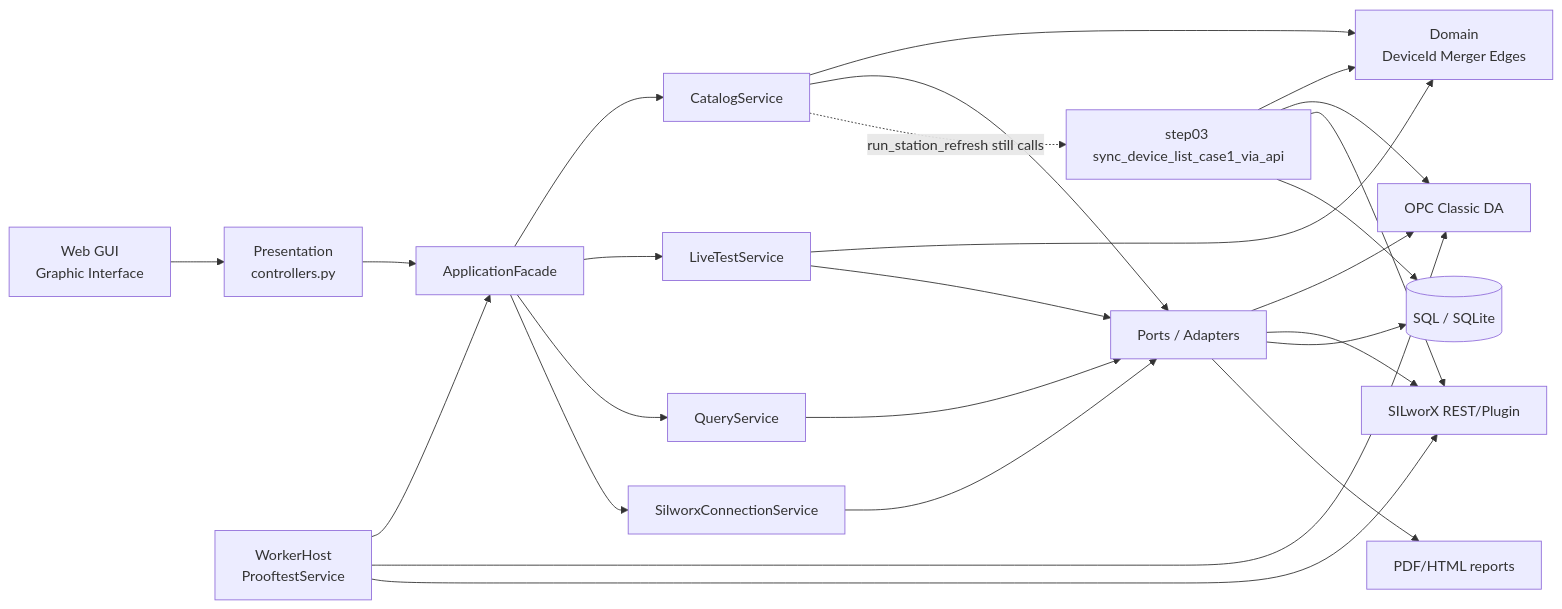
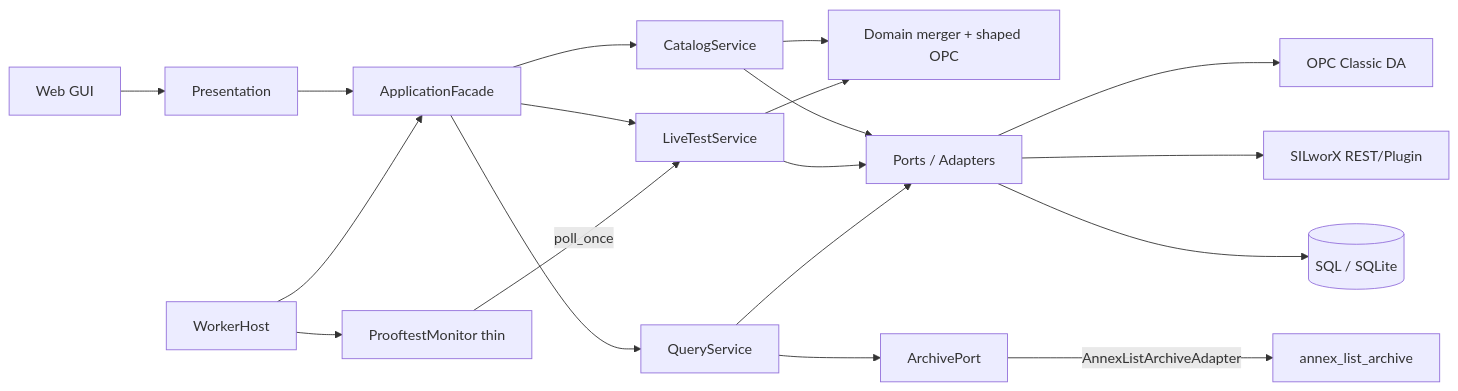
One commit to D-Mouna/Prooftest-Reporting-solution changed the diagram in docs/ARCHITECTURE-AS-BUILT.md. Above: the diagram before and after it, drawn with Mermaid. The commit also changed other lines of this file and 37 other files, not shown here.

First line of the commit message:
Fix SILworX API attach and restore full device/OPC counts.

````diff
--- a/docs/ARCHITECTURE-AS-BUILT.md
+++ b/docs/ARCHITECTURE-AS-BUILT.md
@@ -10,41 +19,35 @@
 ```mermaid
 flowchart LR
-  UI[Web GUI<br/>Graphic Interface]
-  Pres[Presentation<br/>controllers.py]
+  UI[Web GUI]
+  Pres[Presentation]
   App[ApplicationFacade]
   Cat[CatalogService]
   Live[LiveTestService]
   Q[QueryService]
-  SilC[SilworxConnectionService]
-  Dom[Domain<br/>DeviceId Merger Edges]
+  Dom[Domain merger + shaped OPC]
   Ports[Ports / Adapters]
-  Host[WorkerHost<br/>ProoftestService]
+  Arch[ArchivePort]
+  Host[WorkerHost]
+  Mon[ProoftestMonitor thin]
   OPC[OPC Classic DA]
   API[SILworX REST/Plugin]
   DB[(SQL / SQLite)]
-  PDF[PDF/HTML reports]
 
   UI --> Pres --> App
   App --> Cat
   App --> Live
   App --> Q
-  App --> SilC
   Cat --> Dom
   Live --> Dom
   Cat --> Ports
   Live --> Ports
   Q --> Ports
-  SilC --> Ports
+  Q --> Arch
   Ports --> OPC
   Ports --> API
   Ports --> DB
-  Ports --> PDF
+  Arch -->|AnnexListArchiveAdapter| AnnexArch[annex_list_archive]
   Host --> App
-  Host --> OPC
-  Host --> API
-  Cat -.->|run_station_refresh still calls| Step03[step03 sync_device_list_case1_via_api]
-  Step03 --> Dom
-  Step03 --> OPC
-  Step03 --> API
-  Step03 --> DB
+  Host --> Mon
+  Mon -->|poll_once| Live
 ```
````
